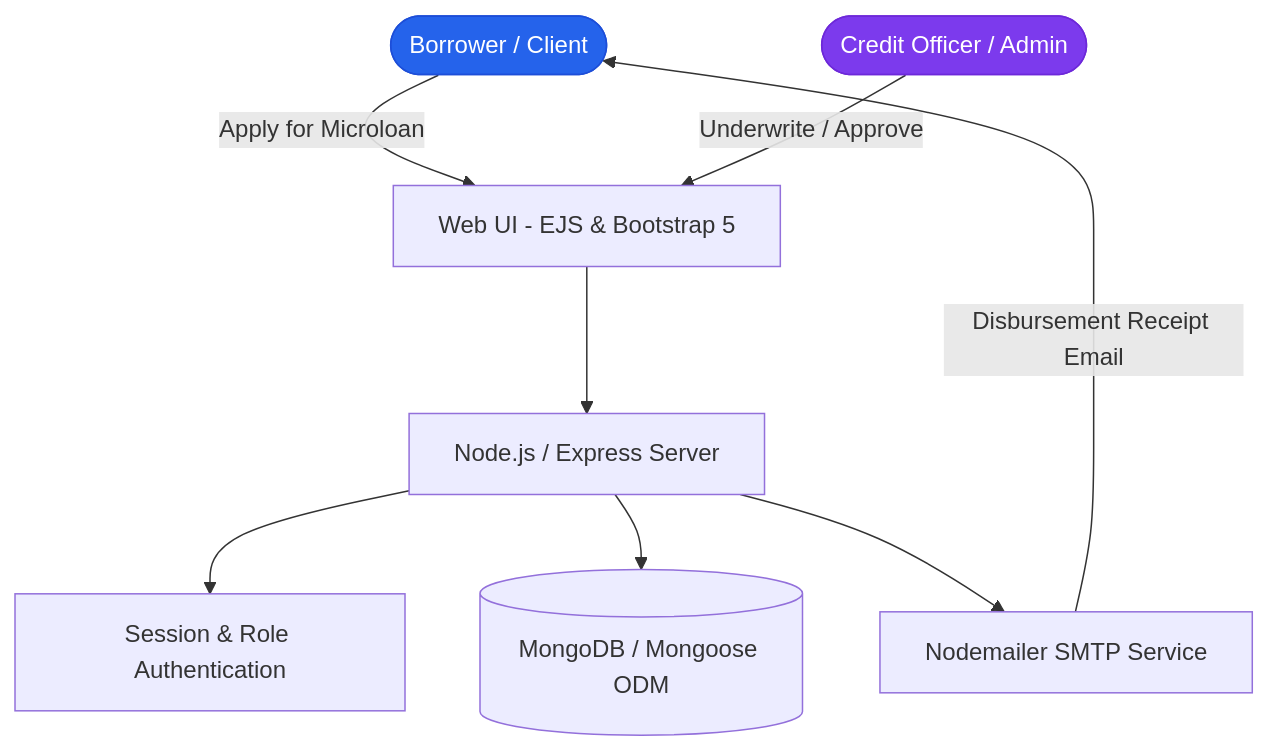
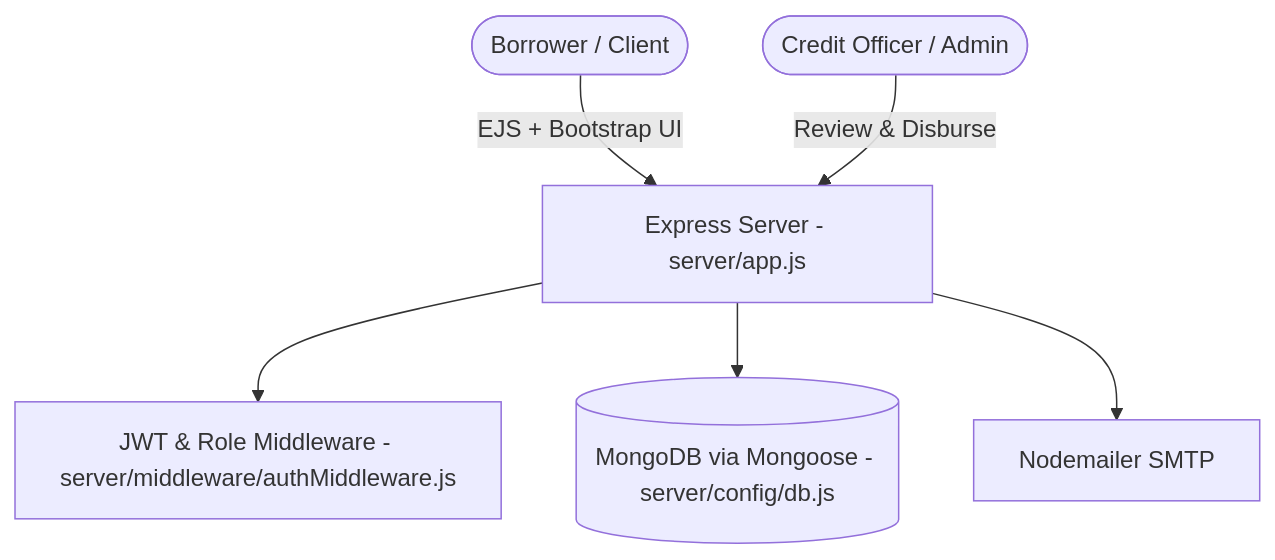
One commit to StratagemVX/microfinance changed the diagram in README.md. Above: the diagram before and after it, drawn with Mermaid. The commit also changed other lines of this file, not shown here.

````diff
--- a/README.md
+++ b/README.md
@@ -31,13 +31,8 @@
 ```mermaid
 flowchart TD
-    Client([Borrower / Client]):::user -->|Apply for Microloan| Portal[Web UI - EJS & Bootstrap 5]
-    Officer([Credit Officer / Admin]):::staff -->|Underwrite / Approve| Portal
-    Portal --> Server[Node.js / Express Server]
-    Server --> Auth[Session & Role Authentication]
-    Server --> DB[(MongoDB / Mongoose ODM)]
-    Server --> Mailer[Nodemailer SMTP Service]
-    Mailer -->|Disbursement Receipt Email| Client
-
-    classDef user fill:#2563eb,stroke:#1d4ed8,color:#fff;
-    classDef staff fill:#7c3aed,stroke:#6d28d9,color:#fff;
+    Borrower([Borrower / Client]) -->|EJS + Bootstrap UI| Express[Express Server - server/app.js]
+    Staff([Credit Officer / Admin]) -->|Review & Disburse| Express
+    Express --> Auth[JWT & Role Middleware - server/middleware/authMiddleware.js]
+    Express --> Mongo[(MongoDB via Mongoose - server/config/db.js)]
+    Express --> SMTP[Nodemailer SMTP]
 ```
````
